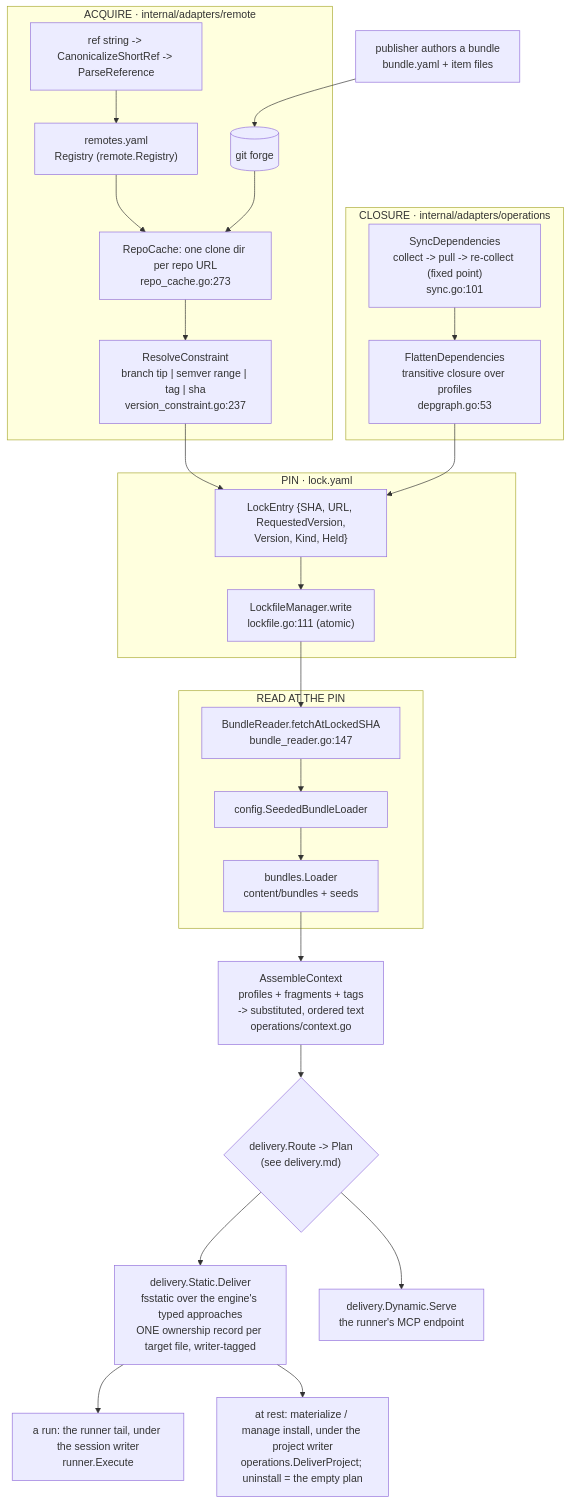
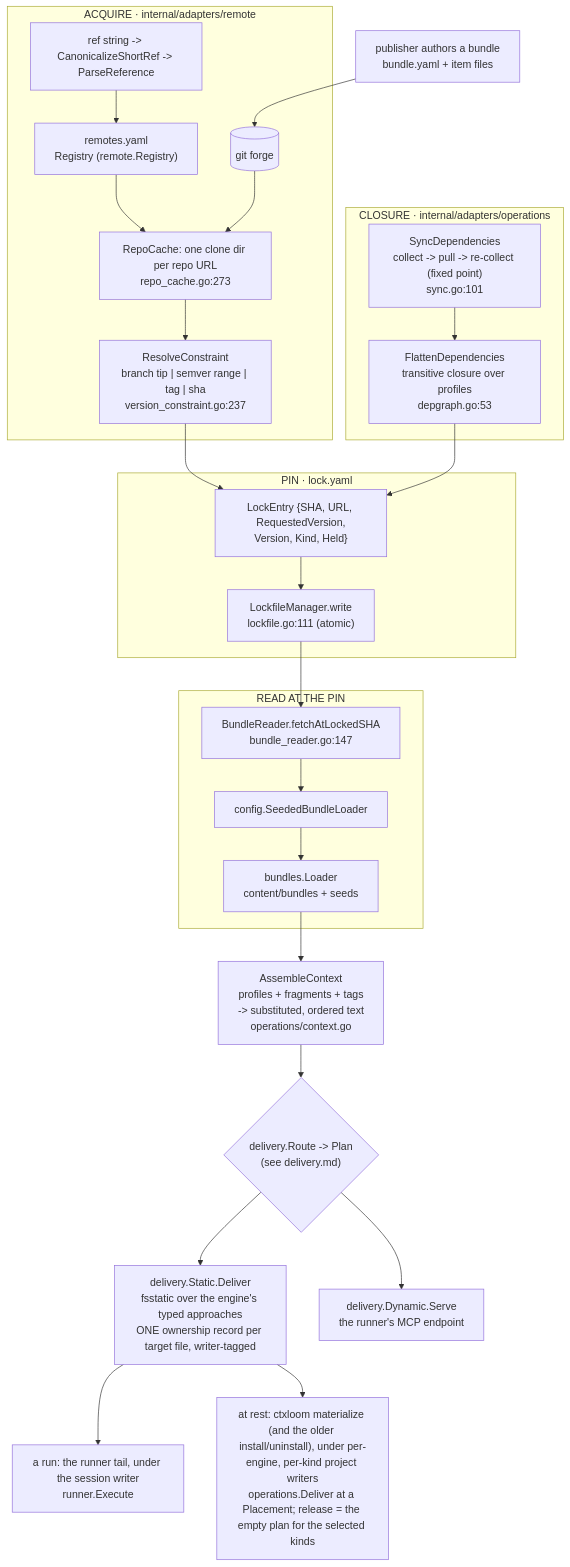
The diagram in docs/architecture/core/README.md (ctxloom/ctxloom), drawn with Mermaid before and after one commit. The commit also changed 6 other files, not shown here.

First line of the commit message:
materialize: S8: document ctxloom materialize, per-kind writers and the placement core

````diff
--- a/docs/architecture/core/README.md
+++ b/docs/architecture/core/README.md
@@ -33,43 +33,43 @@
 ```mermaid
 flowchart TD
     AUTHOR["publisher authors a bundle<br/>bundle.yaml + item files"]
     AUTHOR --> FORGE[("git forge")]
 
     subgraph acquire["ACQUIRE · internal/adapters/remote"]
         REG["remotes.yaml<br/>Registry (remote.Registry)"]
         REF["ref string -> CanonicalizeShortRef -> ParseReference"]
         CACHE["RepoCache: one clone dir per repo URL<br/>repo_cache.go:273"]
         RESOLVE["ResolveConstraint<br/>branch tip | semver range | tag | sha<br/>version_constraint.go:237"]
         REF --> REG --> CACHE
         FORGE --> CACHE
         CACHE --> RESOLVE
     end
 
     subgraph pin["PIN · lock.yaml"]
         LOCK["LockEntry {SHA, URL, RequestedVersion,<br/>Version, Kind, Held}"]
         WRITE["LockfileManager.write<br/>lockfile.go:111 (atomic)"]
         RESOLVE --> LOCK --> WRITE
     end
 
     subgraph closure["CLOSURE · internal/adapters/operations"]
         SYNC["SyncDependencies<br/>collect -> pull -> re-collect (fixed point)<br/>sync.go:101"]
         FLAT["FlattenDependencies<br/>transitive closure over profiles<br/>depgraph.go:53"]
         SYNC --> FLAT --> LOCK
     end
 
     subgraph read["READ AT THE PIN"]
         BR["BundleReader.fetchAtLockedSHA<br/>bundle_reader.go:147"]
         SEED["config.SeededBundleLoader"]
         LOADER["bundles.Loader<br/>content/bundles + seeds"]
         WRITE --> BR --> SEED --> LOADER
     end
 
     LOADER --> ASM["AssembleContext<br/>profiles + fragments + tags<br/>-> substituted, ordered text<br/>operations/context.go"]
 
     ASM --> DELIVER{"delivery.Route -> Plan<br/>(see delivery.md)"}
     DELIVER --> STATIC["delivery.Static.Deliver<br/>fsstatic over the engine's typed approaches<br/>ONE ownership record per target file, writer-tagged"]
     STATIC --> RUN["a run: the runner tail, under the session writer<br/>runner.Execute"]
-    STATIC --> MAT["at rest: materialize / manage install, under the project writer<br/>operations.DeliverProject; uninstall = the empty plan"]
+    STATIC --> MAT["at rest: ctxloom materialize (and the older install/uninstall), under per-engine, per-kind project writers<br/>operations.Deliver at a Placement; release = the empty plan for the selected kinds"]
     DELIVER --> DYN["delivery.Dynamic.Serve<br/>the runner's MCP endpoint"]
 
 ```
````
